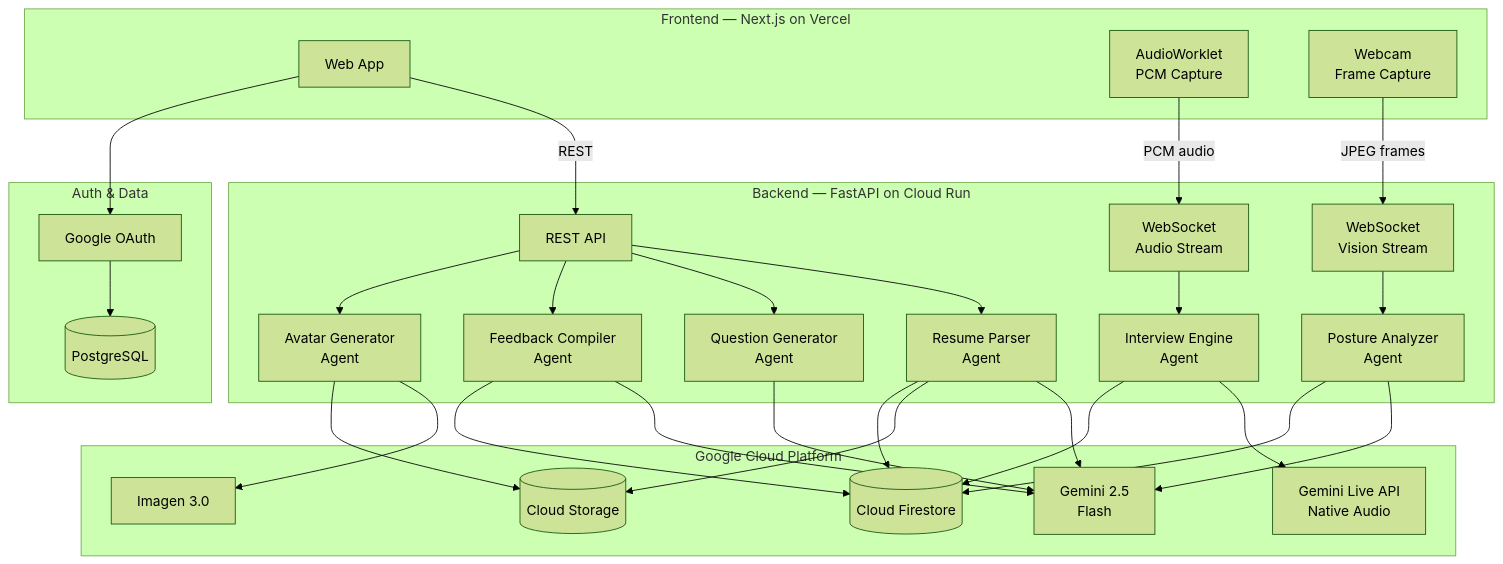
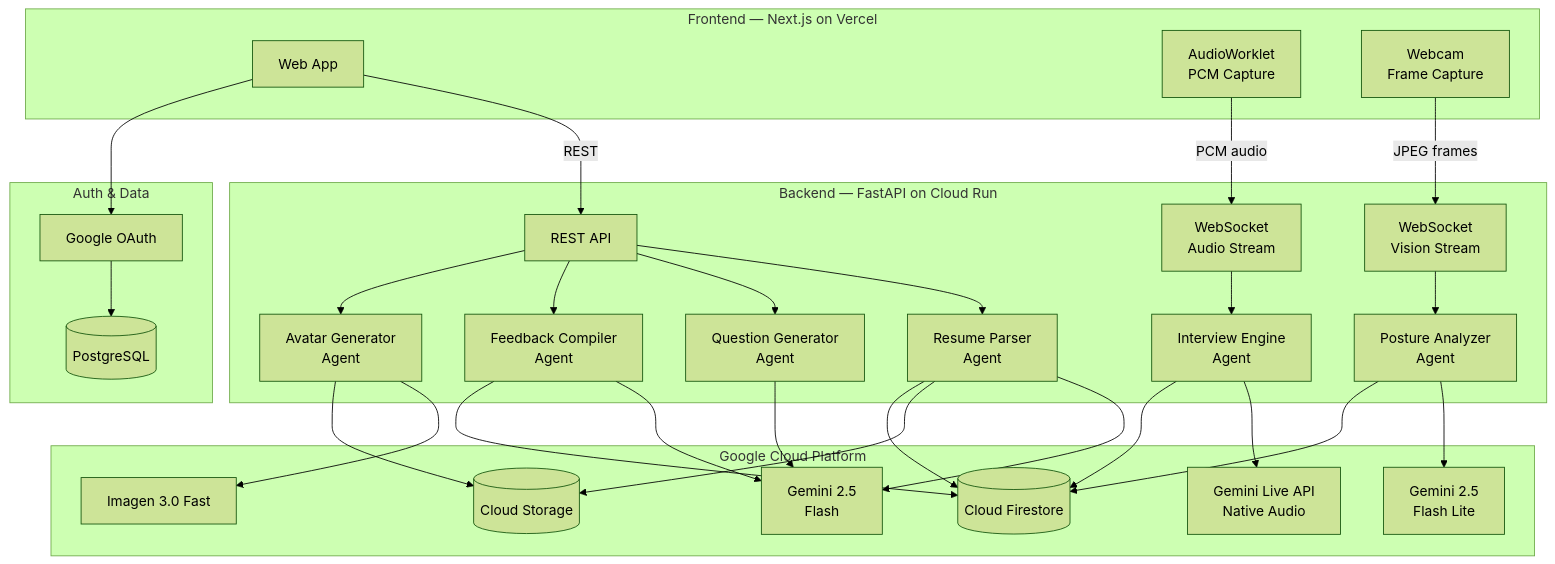
One commit to mockmate-app/mockmate changed the first of 3 diagrams in README.md. Above: the diagram before and after it, drawn with Mermaid (forest theme). The commit also changed other lines of this file and 2 other files, not shown here.

Commit message:
bug fix and README.md fixes

````diff
--- a/README.md
+++ b/README.md
@@ -75,51 +75,52 @@
 ```mermaid
 graph TB
     subgraph "Frontend — Next.js on Vercel"
         UI[Web App]
         AW[AudioWorklet<br/>PCM Capture]
         WC[Webcam<br/>Frame Capture]
     end
 
     subgraph "Backend — FastAPI on Cloud Run"
         API[REST API]
         WSA[WebSocket<br/>Audio Stream]
         WSV[WebSocket<br/>Vision Stream]
         RP[Resume Parser<br/>Agent]
         QG[Question Generator<br/>Agent]
         IE[Interview Engine<br/>Agent]
         PA[Posture Analyzer<br/>Agent]
         FC[Feedback Compiler<br/>Agent]
         IA[Avatar Generator<br/>Agent]
     end
 
     subgraph "Google Cloud Platform"
         GLA[Gemini Live API<br/>Native Audio]
         GF[Gemini 2.5<br/>Flash]
-        IG[Imagen 3.0]
+        GFL[Gemini 2.5<br/>Flash Lite]
+        IG[Imagen 3.0 Fast]
         FS[(Cloud Firestore)]
         GCS[(Cloud Storage)]
     end
 
     subgraph "Auth & Data"
         GA[Google OAuth]
         PG[(PostgreSQL)]
     end
 
     UI -- REST --> API
     AW -- PCM audio --> WSA
     WC -- JPEG frames --> WSV
 
     API --> RP & QG & FC & IA
     WSA --> IE
     WSV --> PA
 
     RP --> GF & GCS & FS
     QG --> GF
     IE --> GLA & FS
-    PA --> GF & FS
+    PA --> GFL & FS
     FC --> GF & FS
     IA --> IG & GCS
 
     UI --> GA
     GA --> PG
 ```
````
